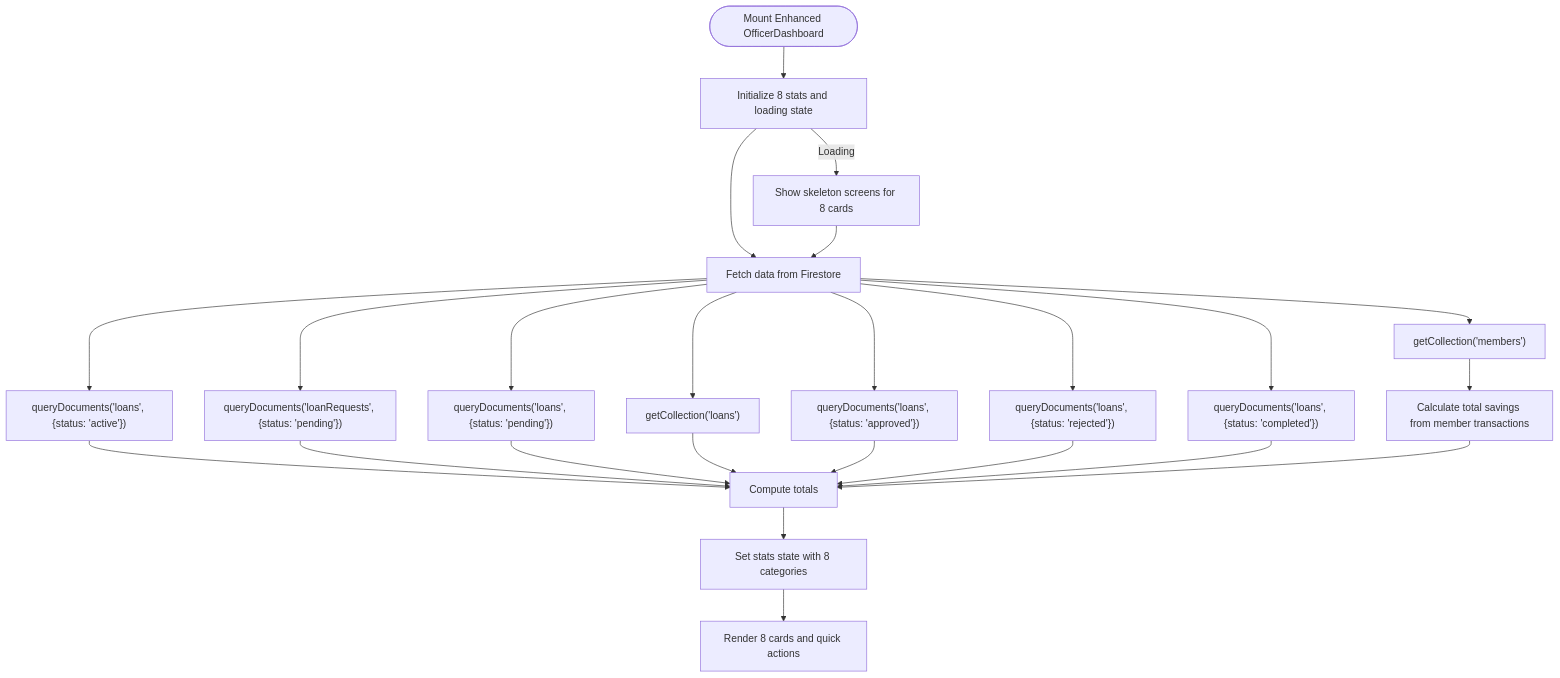
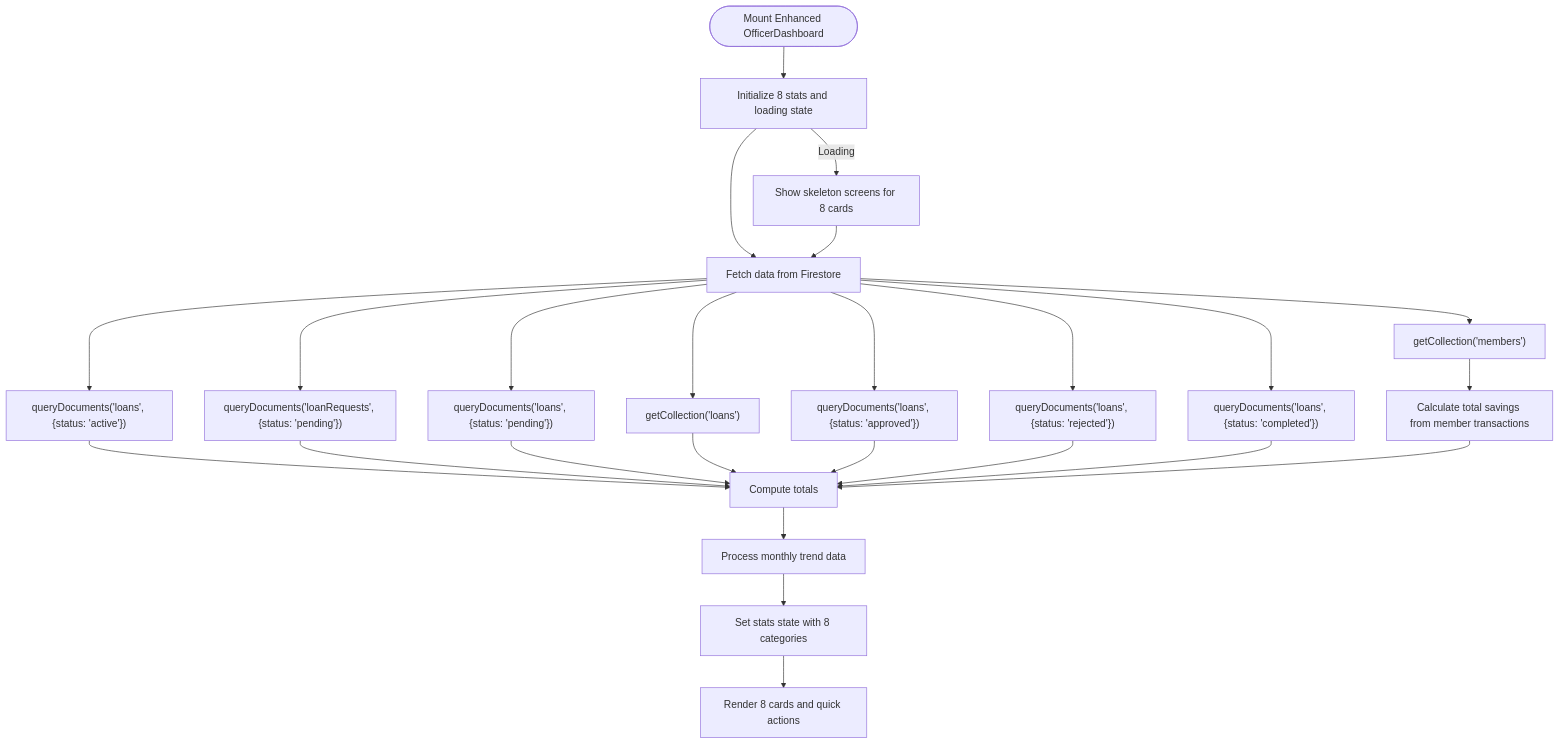
One commit to Unsure-bry/sampacoop_system changed the third of 4 diagrams in .qoder/repowiki/en/content/Dashboard System Architecture/Officer Dashboard Implementation.md. Above: the diagram before and after it, drawn with Mermaid. The commit also changed other lines of this file and 9 other files, not shown here.

````diff
--- a/.qoder/repowiki/en/content/Dashboard System Architecture/Officer Dashboard Implementation.md
+++ b/.qoder/repowiki/en/content/Dashboard System Architecture/Officer Dashboard Implementation.md
@@ -174,26 +203,27 @@
 ```mermaid
 flowchart TD
 Start(["Mount Enhanced OfficerDashboard"]) --> Init["Initialize 8 stats and loading state"]
 Init --> Fetch["Fetch data from Firestore"]
 Fetch --> Members["getCollection('members')"]
 Fetch --> ActiveLoans["queryDocuments('loans', {status: 'active'})"]
 Fetch --> PendingRequests["queryDocuments('loanRequests', {status: 'pending'})"]
 Fetch --> PendingLoans["queryDocuments('loans', {status: 'pending'})"]
 Fetch --> AllLoans["getCollection('loans')"]
 Fetch --> ApprovedLoans["queryDocuments('loans', {status: 'approved'})"]
 Fetch --> RejectedLoans["queryDocuments('loans', {status: 'rejected'})"]
 Fetch --> CompletedLoans["queryDocuments('loans', {status: 'completed'})"]
 Members --> SavingsCalc["Calculate total savings from member transactions"]
 ActiveLoans --> Compute["Compute totals"]
 PendingRequests --> Compute
 PendingLoans --> Compute
 AllLoans --> Compute
 ApprovedLoans --> Compute
 RejectedLoans --> Compute
 CompletedLoans --> Compute
 SavingsCalc --> Compute
-Compute --> SetState["Set stats state with 8 categories"]
+Compute --> MonthlyTrend["Process monthly trend data"]
+MonthlyTrend --> SetState["Set stats state with 8 categories"]
 SetState --> Render["Render 8 cards and quick actions"]
 Init --> |Loading| Skeleton["Show skeleton screens for 8 cards"]
 Skeleton --> Fetch
 ```
````
